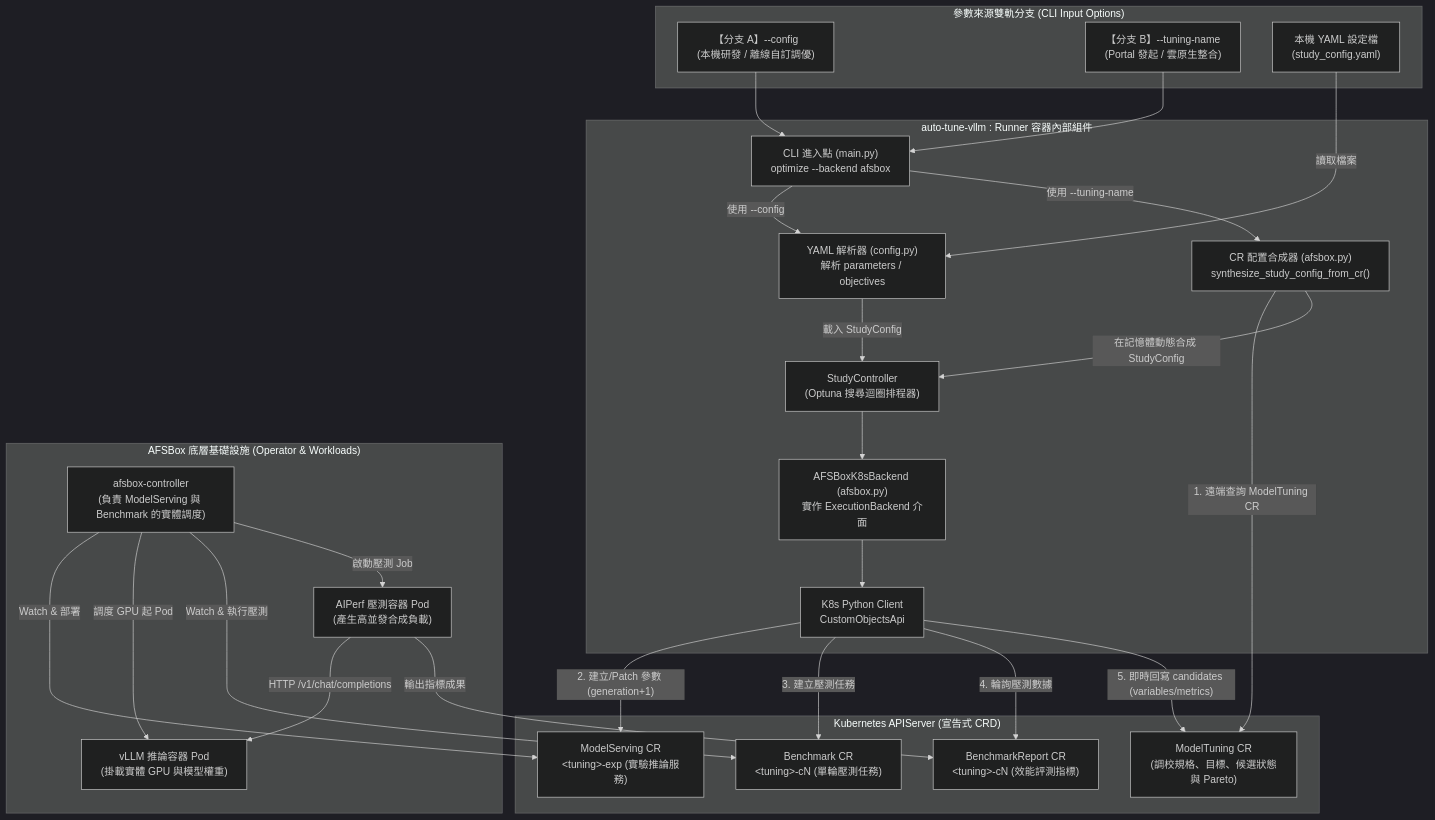
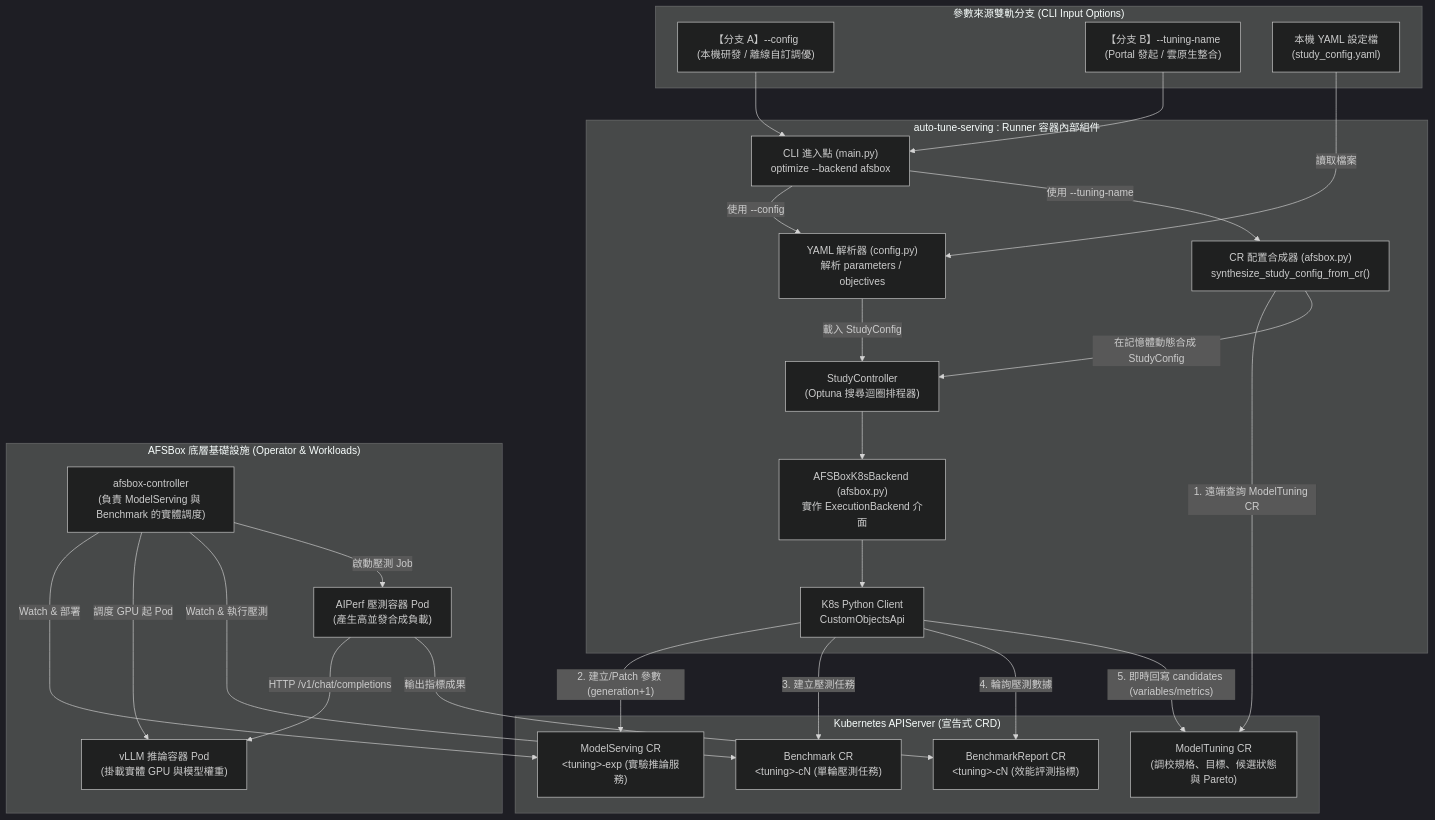
Before and after one commit to keyword1983/auto-tuning-vllm: the second of 4 diagrams in docs/afsbox_integration.md, drawn with Mermaid (dark theme). The commit also changed other lines of this file and 10 other files, not shown here.

Commit message:
feat: rename project to auto-tune-serving for multi-engine support and update remotes to ocisd4

````diff
--- a/docs/afsbox_integration.md
+++ b/docs/afsbox_integration.md
@@ -68,59 +68,59 @@
 ```mermaid
 graph TB
     subgraph Inputs["參數來源雙軌分支 (CLI Input Options)"]
         OptConfig["【分支 A】--config <yaml-path><br/>(本機研發 / 離線自訂調優)"]
         OptTuning["【分支 B】--tuning-name <cr-name><br/>(Portal 發起 / 雲原生整合)"]
         LocalFile["本機 YAML 設定檔<br/>(study_config.yaml)"]
     end
 
-    subgraph TunerRunner["auto-tune-vllm : Runner 容器內部組件"]
+    subgraph TunerRunner["auto-tune-serving : Runner 容器內部組件"]
         CLI["CLI 進入點 (main.py)<br/>optimize --backend afsbox"]
         Parser["YAML 解析器 (config.py)<br/>解析 parameters / objectives"]
         Synthesizer["CR 配置合成器 (afsbox.py)<br/>synthesize_study_config_from_cr()"]
         StudyCtrl["StudyController<br/>(Optuna 搜尋迴圈排程器)"]
         Backend["AFSBoxK8sBackend (afsbox.py)<br/>實作 ExecutionBackend 介面"]
         K8sClient["K8s Python Client<br/>CustomObjectsApi"]
     end
 
     subgraph K8sAPI["Kubernetes APIServer (宣告式 CRD)"]
         CR_Tuning["ModelTuning CR<br/>(調校規格、目標、候選狀態與 Pareto)"]
         CR_Serving["ModelServing CR<br/>&lt;tuning&gt;-exp (實驗推論服務)"]
         CR_Bench["Benchmark CR<br/>&lt;tuning&gt;-cN (單輪壓測任務)"]
         CR_Report["BenchmarkReport CR<br/>&lt;tuning&gt;-cN (效能評測指標)"]
     end
 
     subgraph AFSBoxInfra["AFSBox 底層基礎設施 (Operator & Workloads)"]
         AFS_Ctrl["afsbox-controller<br/>(負責 ModelServing 與 Benchmark 的實體調度)"]
         ServingPod["vLLM 推論容器 Pod<br/>(掛載實體 GPU 與模型權重)"]
         AIPerfPod["AIPerf 壓測容器 Pod<br/>(產生高並發合成負載)"]
     end
 
     OptConfig --> CLI
     OptTuning --> CLI
 
     %% 分支 A 流程 (本地檔案)
     LocalFile -->|"讀取檔案"| Parser
     CLI -->|"使用 --config"| Parser
     Parser -->|"載入 StudyConfig"| StudyCtrl
 
     %% 分支 B 流程 (CRD 動態合成)
     CLI -->|"使用 --tuning-name"| Synthesizer
     Synthesizer -->|"1. 遠端查詢 ModelTuning CR"| CR_Tuning
     Synthesizer -->|"在記憶體動態合成 StudyConfig"| StudyCtrl
 
     %% 調優迴圈與執行
     StudyCtrl --> Backend
     Backend --> K8sClient
 
     K8sClient -->|"2. 建立/Patch 參數 (generation+1)"| CR_Serving
     K8sClient -->|"3. 建立壓測任務"| CR_Bench
     K8sClient -->|"4. 輪詢壓測數據"| CR_Report
     K8sClient -->|"5. 即時回寫 candidates (variables/metrics)"| CR_Tuning
 
     AFS_Ctrl -->|"Watch & 部署"| CR_Serving
     AFS_Ctrl -->|"調度 GPU 起 Pod"| ServingPod
     AFS_Ctrl -->|"Watch & 執行壓測"| CR_Bench
     AFS_Ctrl -->|"啟動壓測 Job"| AIPerfPod
     AIPerfPod -->|"HTTP /v1/chat/completions"| ServingPod
     AIPerfPod -->|"輸出指標成果"| CR_Report
 ```
````
